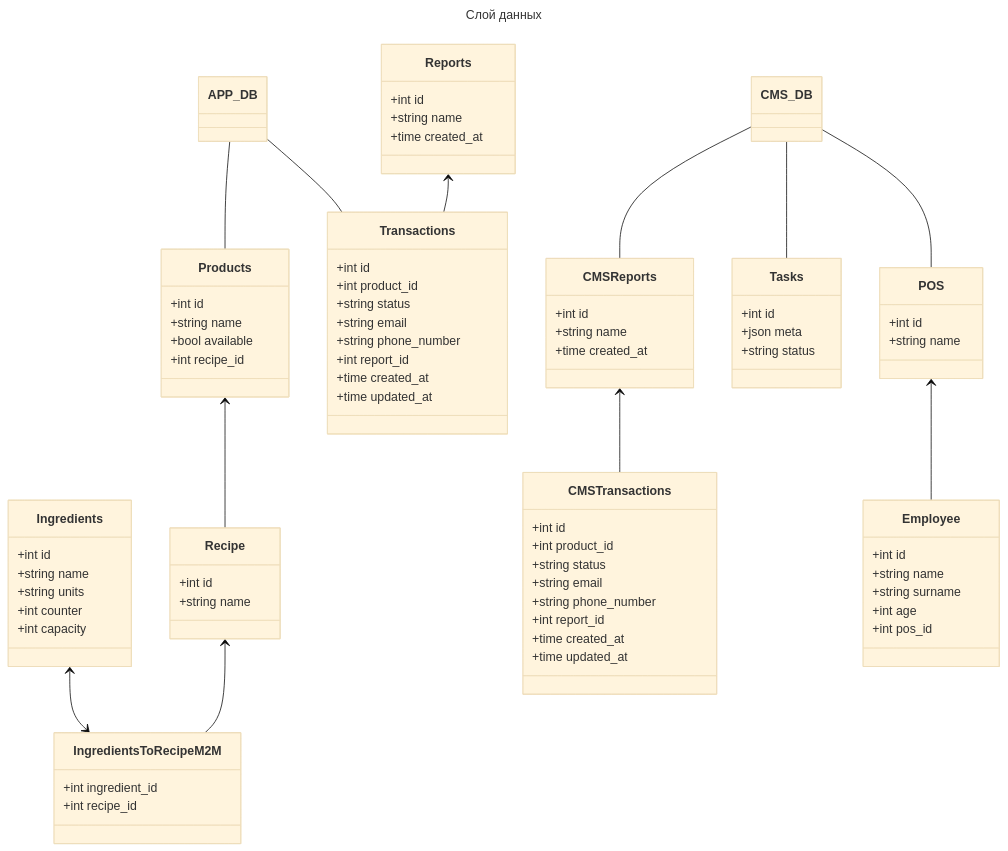
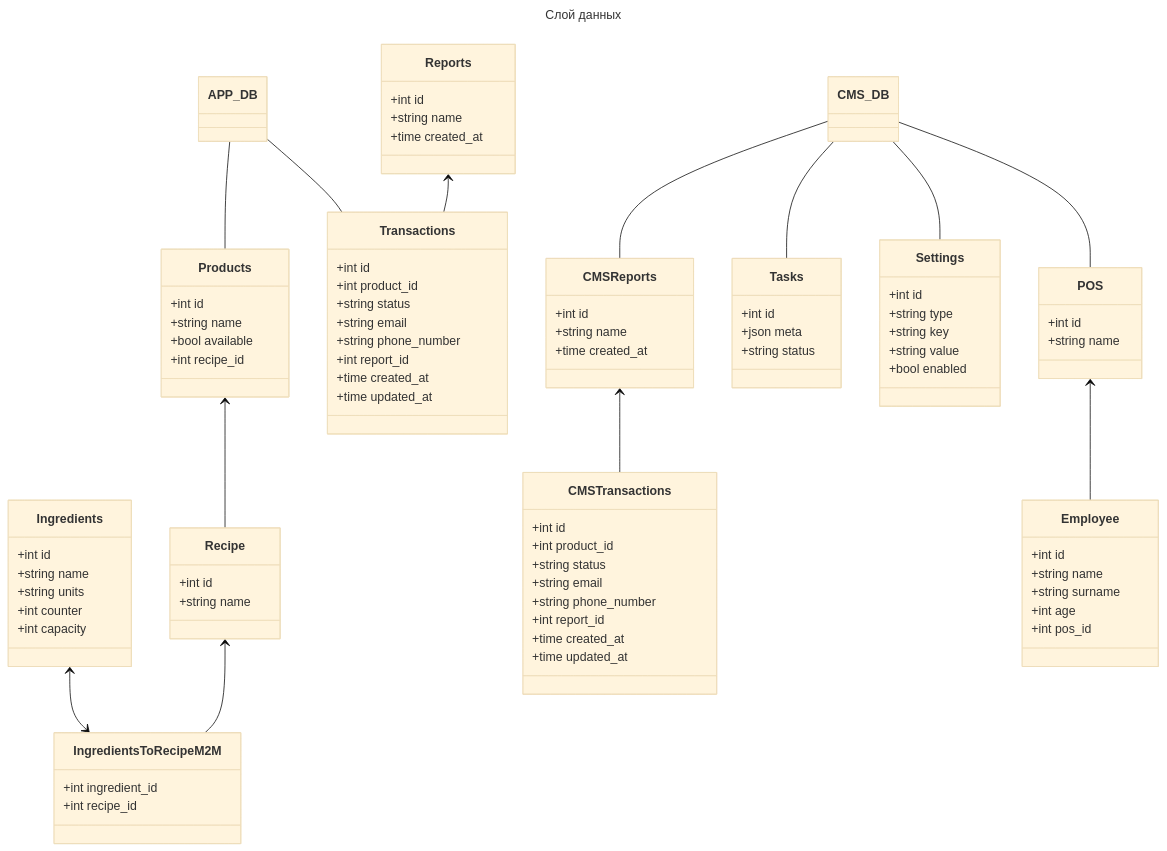
One commit to ContinentalGuy/otus-arch changed the second of 2 diagrams in homeworks/october/1/homework.md. Above: the diagram before and after it, drawn with Mermaid (base theme). The commit also changed other lines of this file, not shown here.

Commit message:
[4]: upd db structure

````diff
--- a/homeworks/october/1/homework.md
+++ b/homeworks/october/1/homework.md
@@ -98,6 +98,7 @@
     
     CMS_DB -- POS
     CMS_DB -- Tasks
+    CMS_DB -- Settings
     CMS_DB -- CMSReports
     CMSReports <-- CMSTransactions
     POS <-- Employee
@@ -185,4 +186,12 @@
         +json meta
         +string status
     }
+    
+    class Settings{
+        +int id
+        +string type
+        +string key
+        +string value
+        +bool enabled
+    }
 ```
````
